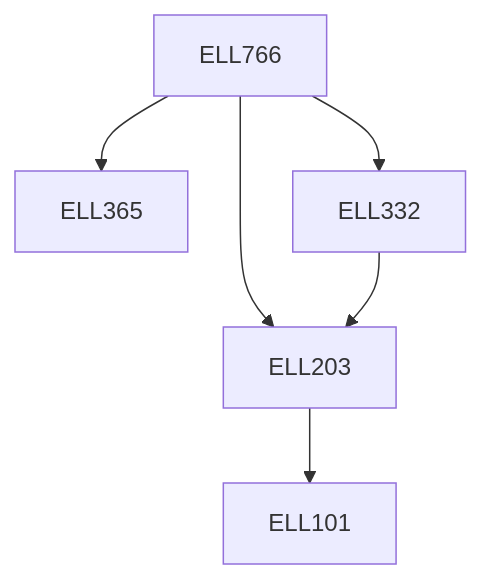
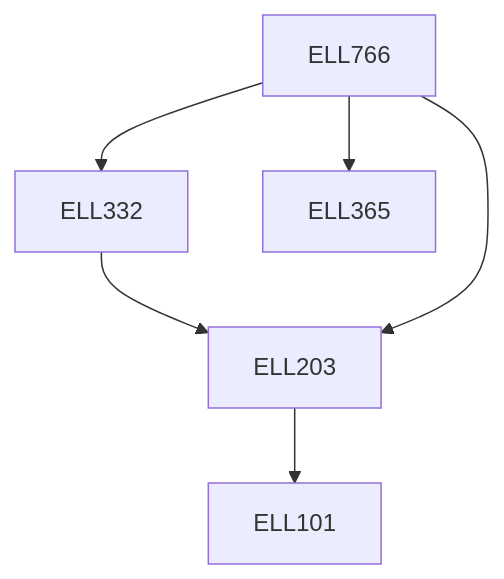
One commit to KeshavBansal0122/CoS_Website changed the diagram in content/Electrical Engineering/ELL766.md. Above: the diagram before and after it, drawn with Mermaid. The commit also changed other lines of this file and 392 other files, not shown here.

````diff
--- a/content/Electrical Engineering/ELL766.md
+++ b/content/Electrical Engineering/ELL766.md
@@ -23,12 +23,12 @@
 ```mermaid
 flowchart TD
 ELL766-370[ELL766]
+ELL332-370 --> ELL203-370[ELL203]
+ELL766-370 --> ELL332-370[ELL332]
 ELL766-370 --> ELL365-370[ELL365]
-ELL766-370 --> ELL332-370[ELL332]
 ELL203-370 --> ELL101-370[ELL101]
 ELL766-370 --> ELL203-370[ELL203]
-ELL332-370 --> ELL203-370[ELL203]
 
 classDef empty height:17px, fill:transparent, stroke:transparent;
 classDef trueEmpty height:0px, width:0px;
 ```
````
